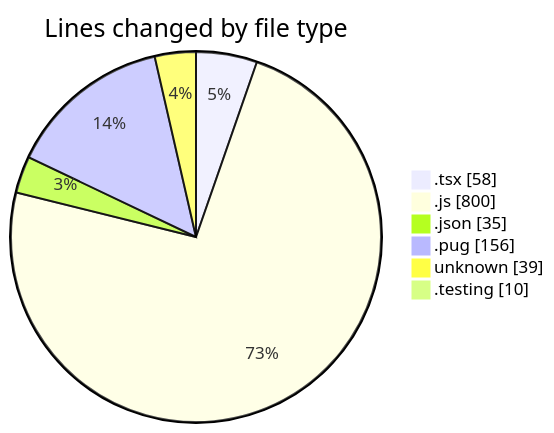
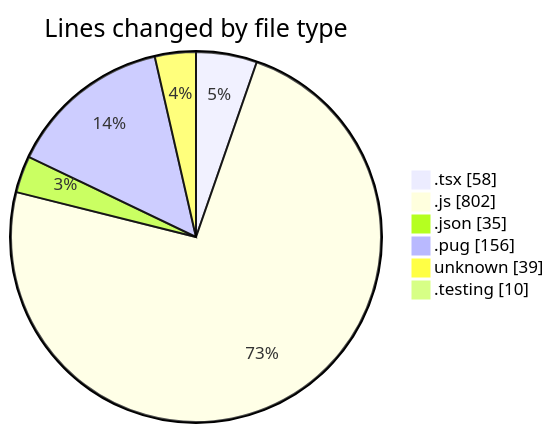
One commit to momahboobian/code-tracking changed the first of 2 diagrams in 2025-03-07/cda/README.md. Above: the diagram before and after it, drawn with Mermaid. The commit also changed other lines of this file and 1 other file, not shown here.

````diff
--- a/2025-03-07/cda/README.md
+++ b/2025-03-07/cda/README.md
@@ -28,10 +28,10 @@
 ```mermaid
 pie showData
 title Lines changed by file type
 ".tsx" : 58
-".js" : 800
+".js" : 802
 ".json" : 35
 ".pug" : 156
 "unknown" : 39
 ".testing" : 10
 ```
````
